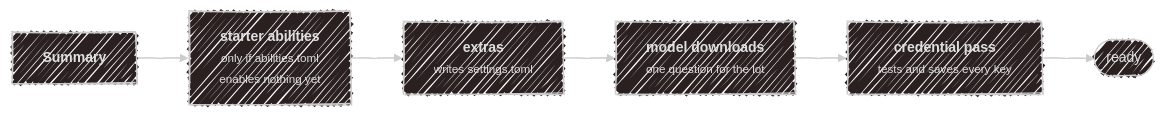
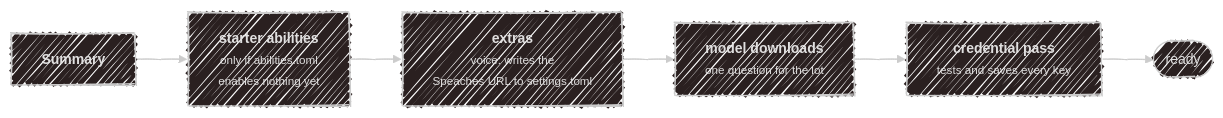
Before and after one commit to SubZtep/kaja: the fourth of 4 diagrams in docs/configuration/wizard.md, drawn with Mermaid.

Commit message:
docs: say what the wizard's extras step actually writes

````diff
--- a/docs/configuration/wizard.md
+++ b/docs/configuration/wizard.md
@@ -166,13 +166,13 @@
 ```mermaid
 ---
 config:
   look: handDrawn
   theme: neo-dark
 ---
 flowchart LR
     S["<b>Summary</b>"] --> A["<b>starter abilities</b><br><small>only if abilities.toml<br>enables nothing yet</small>"]
-    A --> E["<b>extras</b><br><small>writes settings.toml</small>"]
+    A --> E["<b>extras</b><br><small>voice: writes the<br>Speaches URL to settings.toml</small>"]
     E --> D["<b>model downloads</b><br><small>one question for the lot</small>"]
     D --> C["<b>credential pass</b><br><small>tests and saves every key</small>"]
     C --> R(["ready"])
 ```
````
